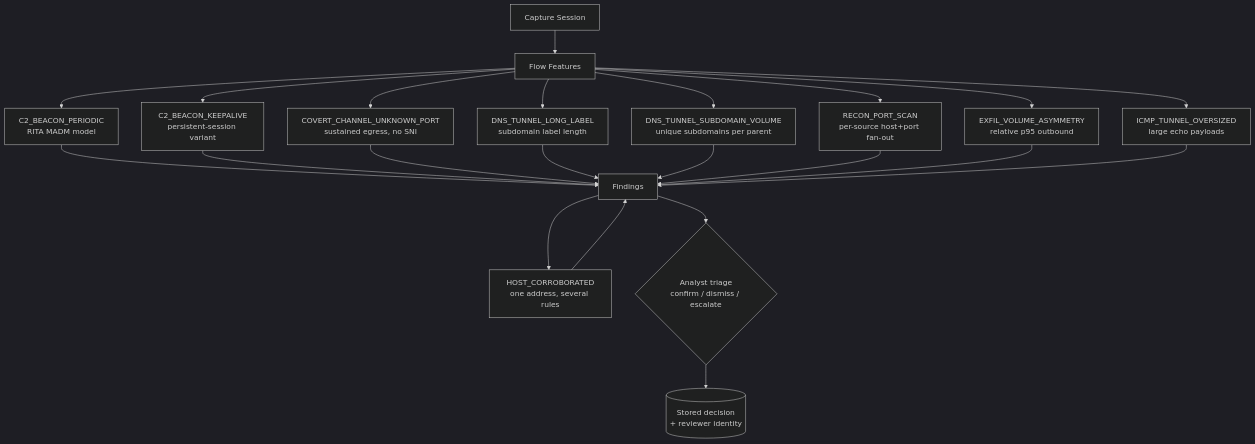
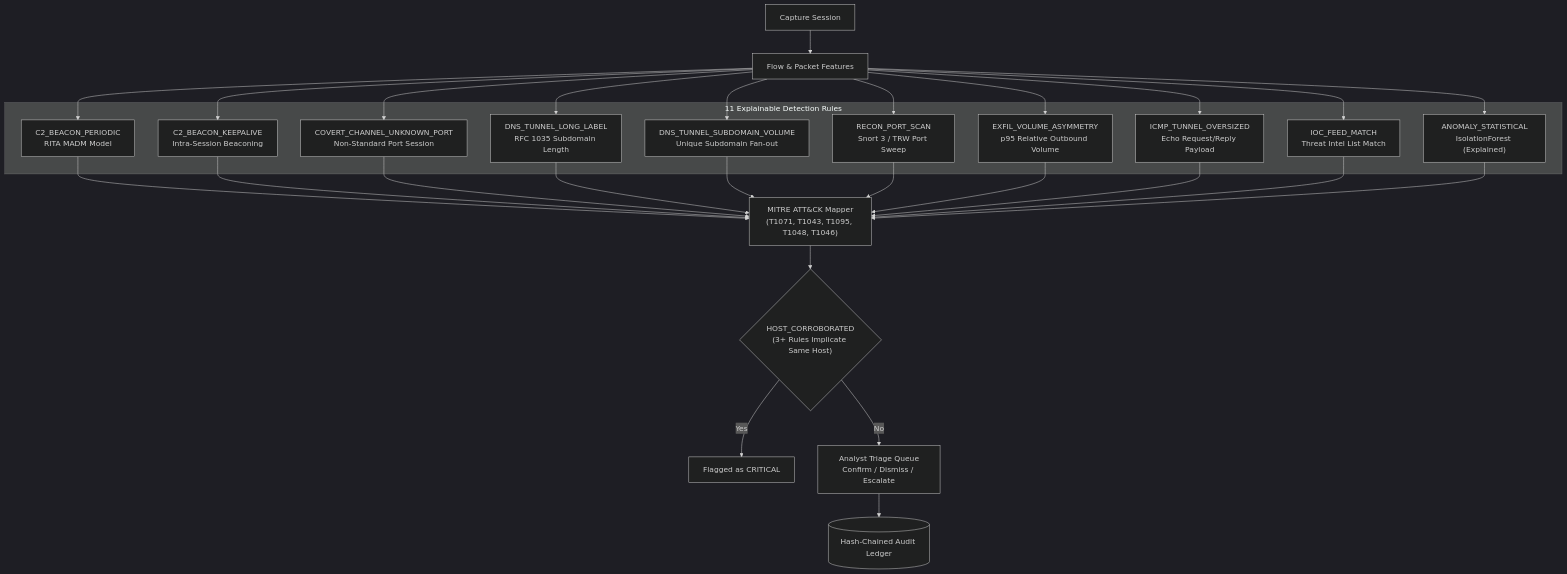
One commit to MuhammedZuhayr/NetForensiq changed the fourth of 5 diagrams in README.md. Above: the diagram before and after it, drawn with Mermaid (dark theme). The commit also changed other lines of this file and 10 other files, not shown here.

First line of the commit message:
docs: update README with enhanced mermaid diagrams, BSA §63 legal workflows, and current engine metrics

````diff
--- a/README.md
+++ b/README.md
@@ -330,27 +159,25 @@
 ```mermaid
 flowchart TD
-    S[Capture Session] --> A[Flow Features]
-    A --> R1["C2_BEACON_PERIODIC<br/>RITA MADM model"]
-    A --> R2["C2_BEACON_KEEPALIVE<br/>persistent-session variant"]
-    A --> R3["COVERT_CHANNEL_UNKNOWN_PORT<br/>sustained egress, no SNI"]
-    A --> R4["DNS_TUNNEL_LONG_LABEL<br/>subdomain label length"]
-    A --> R5["DNS_TUNNEL_SUBDOMAIN_VOLUME<br/>unique subdomains per parent"]
-    A --> R6["RECON_PORT_SCAN<br/>per-source host+port fan-out"]
-    A --> R7["EXFIL_VOLUME_ASYMMETRY<br/>relative p95 outbound"]
-    A --> R8["ICMP_TUNNEL_OVERSIZED<br/>large echo payloads"]
+    S[Capture Session] --> F[Flow & Packet Features]
 
-    R1 --> F[Findings]
-    R2 --> F
-    R3 --> F
-    R4 --> F
-    R5 --> F
-    R6 --> F
-    R7 --> F
-    R8 --> F
+    subgraph Rules ["11 Explainable Detection Rules"]
+        R1["C2_BEACON_PERIODIC<br/>RITA MADM Model"]
+        R2["C2_BEACON_KEEPALIVE<br/>Intra-Session Beaconing"]
+        R3["COVERT_CHANNEL_UNKNOWN_PORT<br/>Non-Standard Port Session"]
+        R4["DNS_TUNNEL_LONG_LABEL<br/>RFC 1035 Subdomain Length"]
+        R5["DNS_TUNNEL_SUBDOMAIN_VOLUME<br/>Unique Subdomain Fan-out"]
+        R6["RECON_PORT_SCAN<br/>Snort 3 / TRW Port Sweep"]
+        R7["EXFIL_VOLUME_ASYMMETRY<br/>p95 Relative Outbound Volume"]
+        R8["ICMP_TUNNEL_OVERSIZED<br/>Echo Request/Reply Payload"]
+        R9["IOC_FEED_MATCH<br/>Threat Intel List Match"]
+        R10["ANOMALY_STATISTICAL<br/>IsolationForest (Explained)"]
+    end
 
-    F --> X["HOST_CORROBORATED<br/>one address, several rules"]
-    X --> F
+    F --> R1 & R2 & R3 & R4 & R5 & R6 & R7 & R8 & R9 & R10
 
-    F --> T{"Analyst triage<br/>confirm / dismiss / escalate"}
-    T --> D[(Stored decision<br/>+ reviewer identity)]
+    R1 & R2 & R3 & R4 & R5 & R6 & R7 & R8 & R9 & R10 --> M["MITRE ATT&CK Mapper<br/>(T1071, T1043, T1095, T1048, T1046)"]
+    M --> CORR{"HOST_CORROBORATED<br/>(3+ Rules Implicate Same Host)"}
+    CORR -->|Yes| CRIT["Flagged as CRITICAL"]
+    CORR -->|No| Triage["Analyst Triage Queue<br/>Confirm / Dismiss / Escalate"]
+    Triage --> Log[(Hash-Chained Audit Ledger)]
 ```
````
